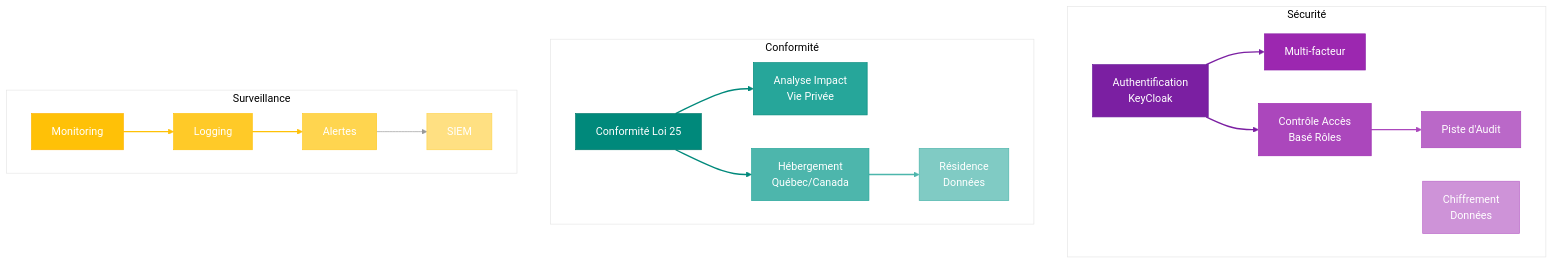
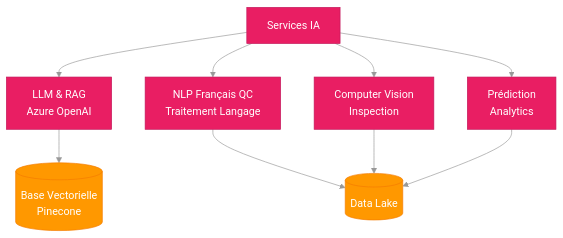
The sixth of 11 diagrams in project/4_technical_architecture/STACK_TECHNIQUE.md (MacroMan5/project_a3e_beta), drawn with Mermaid before and after one commit. The commit also changed other lines of this file and 23 other files, not shown here.

````diff
--- a/project/4_technical_architecture/STACK_TECHNIQUE.md
+++ b/project/4_technical_architecture/STACK_TECHNIQUE.md
@@ -557,73 +309,20 @@
 ```mermaid
 %%{init: {'theme': 'base', 'themeVariables': { 'primaryColor': '#f5f5f5', 'lineColor': '#999'}}}%%
 graph TD
-    classDef auth fill:#7B1FA2,stroke:#6A1B9A,color:white
-    classDef mfa fill:#9C27B0,stroke:#8E24AA,color:white
-    classDef rbac fill:#AB47BC,stroke:#9C27B0,color:white
-    classDef audit fill:#BA68C8,stroke:#AB47BC,color:white
-    classDef encrypt fill:#CE93D8,stroke:#BA68C8,color:white
-    classDef loi fill:#00897B,stroke:#00796B,color:white
-    classDef dpia fill:#26A69A,stroke:#00897B,color:white
-    classDef hosting fill:#4DB6AC,stroke:#26A69A,color:white
-    classDef data fill:#80CBC4,stroke:#4DB6AC,color:white
-    classDef monitor fill:#FFC107,stroke:#FFB300,color:white
-    classDef log fill:#FFCA28,stroke:#FFC107,color:white
-    classDef alert fill:#FFD54F,stroke:#FFCA28,color:white
-    classDef siem fill:#FFE082,stroke:#FFD54F,color:white
+    classDef ai fill:#E91E63,stroke:#C2185B,color:white
+    classDef data fill:#FF9800,stroke:#F57C00,color:white
+    classDef app fill:#4CAF50,stroke:#388E3C,color:white
 
-    subgraph "Sécurité"
-        Auth[Authentification<br/>KeyCloak]
-        MFA[Multi-facteur]
-        RBAC[Contrôle Accès<br/>Basé Rôles]
-        Audit[Piste d'Audit]
-        Encrypt[Chiffrement<br/>Données]
-    end
+    AI[Services IA] --> LLM[LLM & RAG<br/>Azure OpenAI]
+    AI --> NLP[NLP Français QC<br/>Traitement Langage]
+    AI --> CV[Computer Vision<br/>Inspection]
+    AI --> Pred[Prédiction<br/>Analytics]
     
-    subgraph "Conformité"
-        Loi25[Conformité Loi 25]
-        DPIA[Analyse Impact<br/>Vie Privée]
-        Hosting[Hébergement<br/>Québec/Canada]
-        DataRes[Résidence<br/>Données]
-    end
+    LLM --> VDB[(Base Vectorielle<br/>Pinecone)]
+    NLP --> DL[(Data Lake)]
+    CV --> DL
+    Pred --> DL
     
-    subgraph "Surveillance"
-        Monitor[Monitoring]
-        Log[Logging]
-        Alert[Alertes]
-        SIEM[SIEM]
-    end
-    
-    Auth --> MFA
-    Auth --> RBAC
-    RBAC --> Audit
-    
-    Loi25 --> DPIA
-    Loi25 --> Hosting
-    Hosting --> DataRes
-    
-    Monitor --> Log
-    Log --> Alert
-    Alert --> SIEM
-    
-    %% Apply classes
-    class Auth auth
-    class MFA mfa
-    class RBAC rbac
-    class Audit audit
-    class Encrypt encrypt
-    class Loi25 loi
-    class DPIA dpia
-    class Hosting hosting
-    class DataRes data
-    class Monitor monitor
-    class Log log
-    class Alert alert
-    class SIEM siem
-    
-    %% Link styling
-    linkStyle 0,1 stroke:#7B1FA2,stroke-width:2px
-    linkStyle 2 stroke:#AB47BC,stroke-width:2px
-    linkStyle 3,4 stroke:#00897B,stroke-width:2px
-    linkStyle 5 stroke:#4DB6AC,stroke-width:2px
-    linkStyle 6,7 stroke:#FFC107,stroke-width:2px
+    class AI,LLM,NLP,CV,Pred ai
+    class VDB,DL data
 ```
````
